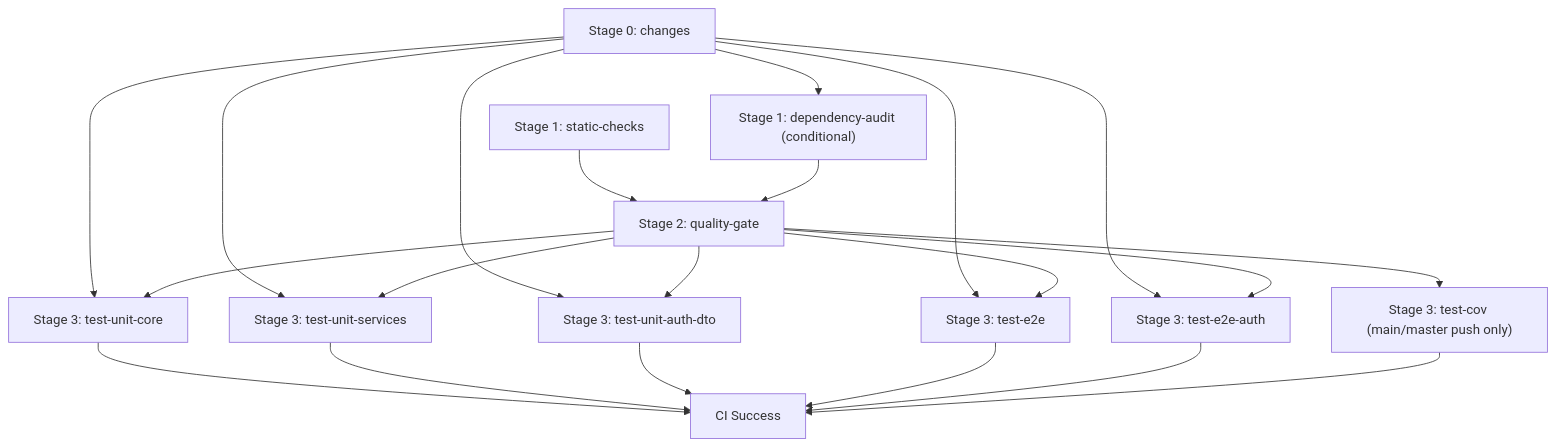
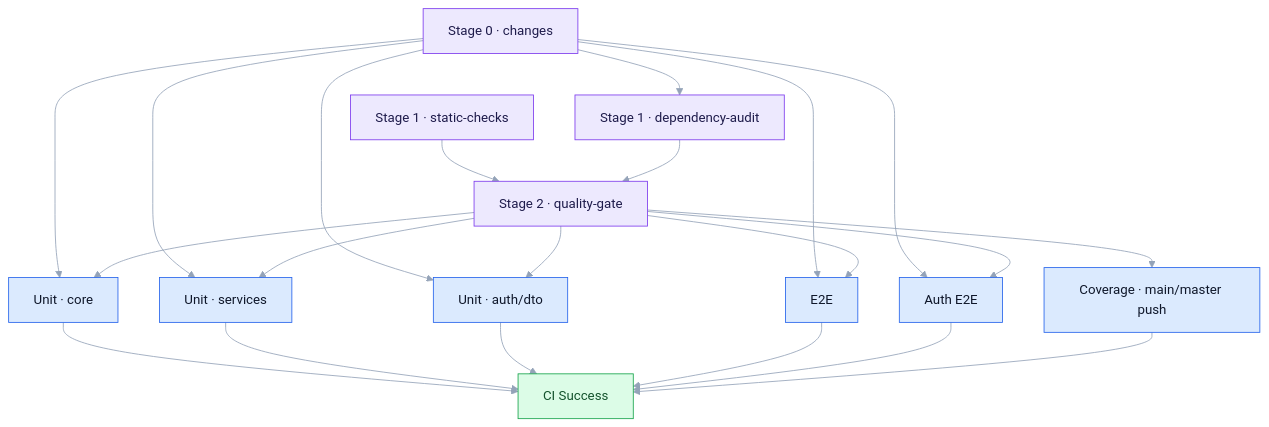
One commit to grtsnx/moduosEngine changed the third of 3 diagrams in README.md. Above: the diagram before and after it, drawn with Mermaid. The commit also changed other lines of this file and 1 other file, not shown here.

````diff
--- a/README.md
+++ b/README.md
@@ -795,35 +622,36 @@
 ```mermaid
+%%{init: {'theme': 'base', 'themeVariables': {
+  'primaryColor': '#ede9fe',
+  'primaryTextColor': '#1e1b4b',
+  'primaryBorderColor': '#7c3aed',
+  'lineColor': '#94a3b8',
+  'secondaryColor': '#dbeafe',
+  'tertiaryColor': '#dcfce7'
+}}}%%
 flowchart TD
-  A0["Stage 0: changes"]
-  A1["Stage 1: static-checks"]
-  A2["Stage 1: dependency-audit (conditional)"]
-  B["Stage 2: quality-gate"]
-  C1["Stage 3: test-unit-core"]
-  C2["Stage 3: test-unit-services"]
-  C3["Stage 3: test-unit-auth-dto"]
-  C4["Stage 3: test-e2e"]
-  C5["Stage 3: test-e2e-auth"]
-  C6["Stage 3: test-cov (main/master push only)"]
+  A0["Stage 0 · changes"]
+  A1["Stage 1 · static-checks"]
+  A2["Stage 1 · dependency-audit"]
+  B["Stage 2 · quality-gate"]
+  C1["Unit · core"]
+  C2["Unit · services"]
+  C3["Unit · auth/dto"]
+  C4["E2E"]
+  C5["Auth E2E"]
+  C6["Coverage · main/master push"]
   D["CI Success"]
 
   A0 --> A2
   A1 --> B
   A2 --> B
-  A0 --> C1
-  A0 --> C2
-  A0 --> C3
-  A0 --> C4
-  A0 --> C5
-  B --> C1
-  B --> C2
-  B --> C3
-  B --> C4
-  B --> C5
-  B --> C6
-  C1 --> D
-  C2 --> D
-  C3 --> D
-  C4 --> D
-  C5 --> D
-  C6 --> D
+  A0 --> C1 & C2 & C3 & C4 & C5
+  B --> C1 & C2 & C3 & C4 & C5 & C6
+  C1 & C2 & C3 & C4 & C5 & C6 --> D
+
+  classDef stage fill:#ede9fe,stroke:#7c3aed,color:#1e1b4b
+  classDef tests fill:#dbeafe,stroke:#2563eb,color:#0f172a
+  classDef ok fill:#dcfce7,stroke:#16a34a,color:#14532d
+  class A0,A1,A2,B stage
+  class C1,C2,C3,C4,C5,C6 tests
+  class D ok
 ```
````
